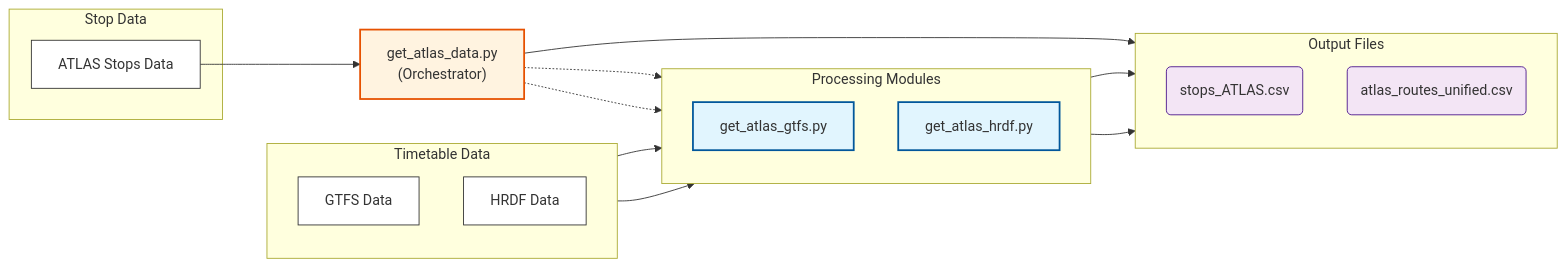
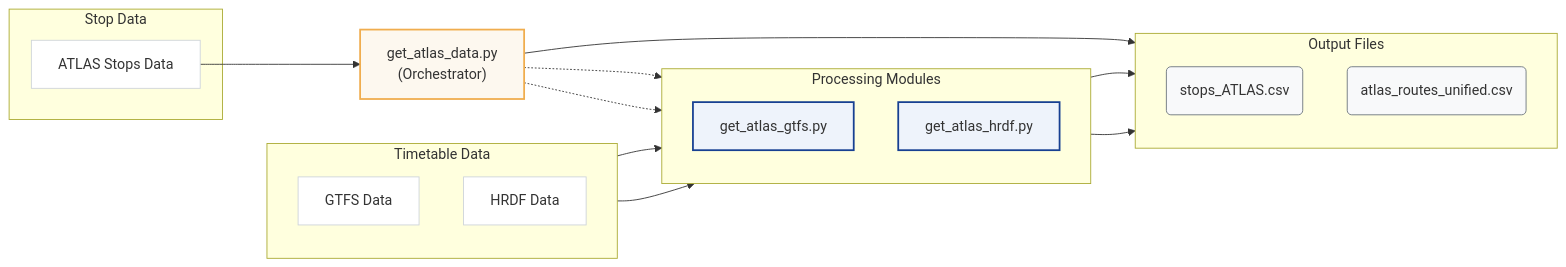
The first of 2 diagrams in documentation/1. Download and process data.md (openTdataCH/stop_sync_osm_atlas), drawn with Mermaid before and after one commit. The commit also changed other lines of this file and 35 other files, not shown here.

````diff
--- a/documentation/1. Download and process data.md
+++ b/documentation/1. Download and process data.md
@@ -17,37 +17,37 @@
 ```mermaid
 flowchart LR
-    classDef plain fill:#fff,stroke:#333,stroke-width:1px;
-    classDef script fill:#e1f5fe,stroke:#01579b,stroke-width:2px;
-    classDef orch fill:#fff3e0,stroke:#e65100,stroke-width:2px;
-    classDef file fill:#f3e5f5,stroke:#4a148c,stroke-width:1px;
+    classDef plain fill:#fff,stroke:#ced4da,stroke-width:1px;
+    classDef script fill:#eef3fb,stroke:#174092,stroke-width:2px;
+    classDef orch fill:#fdf8ef,stroke:#F0AD4E,stroke-width:2px;
+    classDef file fill:#f8f9fa,stroke:#6c757d,stroke-width:1px;
 
     subgraph StopSrc ["Stop Data"]
         AT[ATLAS Stops Data]:::plain
     end
 
     subgraph TimeSrc ["Timetable Data"]
         direction TB
         GT[GTFS Data]:::plain
         HR[HRDF Data]:::plain
     end
 
     SA["get_atlas_data.py\n(Orchestrator)"]:::orch
 
     subgraph Modules ["Processing Modules"]
         direction TB
         SG[get_atlas_gtfs.py]:::script
         SH[get_atlas_hrdf.py]:::script
     end
 
     subgraph Outputs ["Output Files"]
         direction TB
         PA(stops_ATLAS.csv):::file
         PU(atlas_routes_unified.csv):::file
     end
 
     AT --> SA --> PA
     GT --> SG
     HR --> SH
     SA -.-> SG & SH
     SG & SH --> PU
 ```
````
